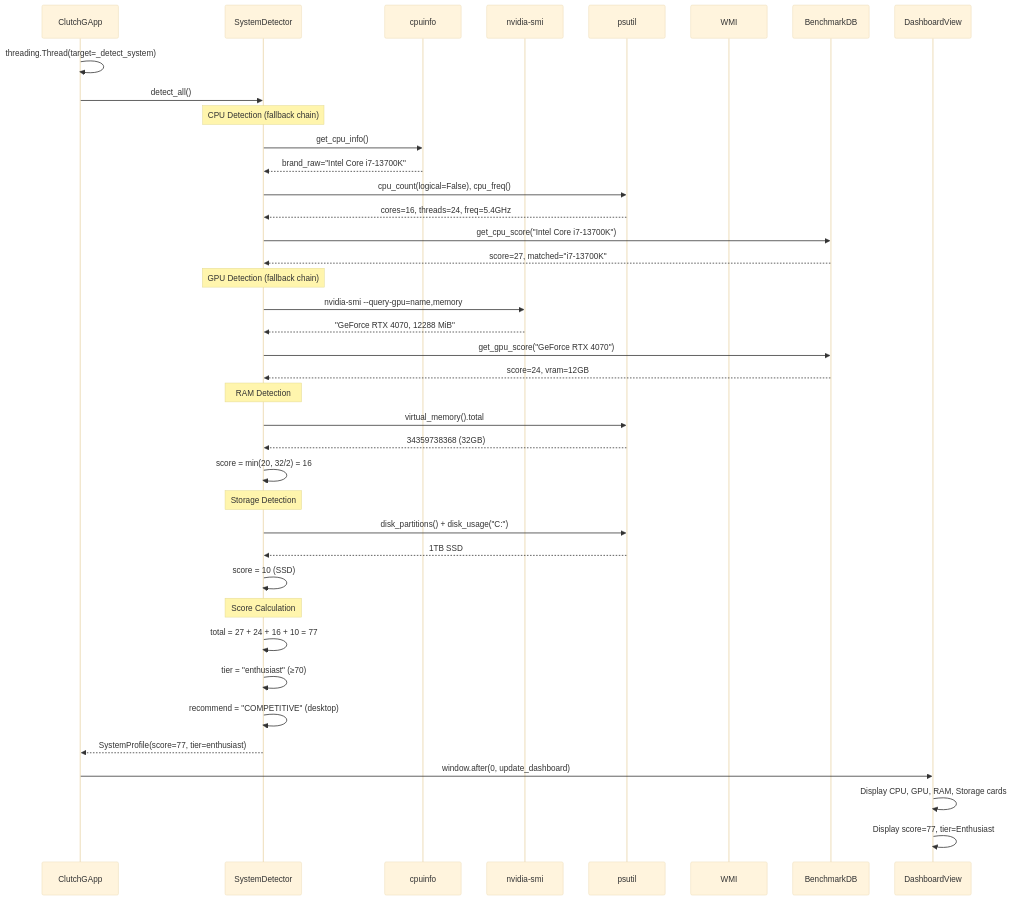
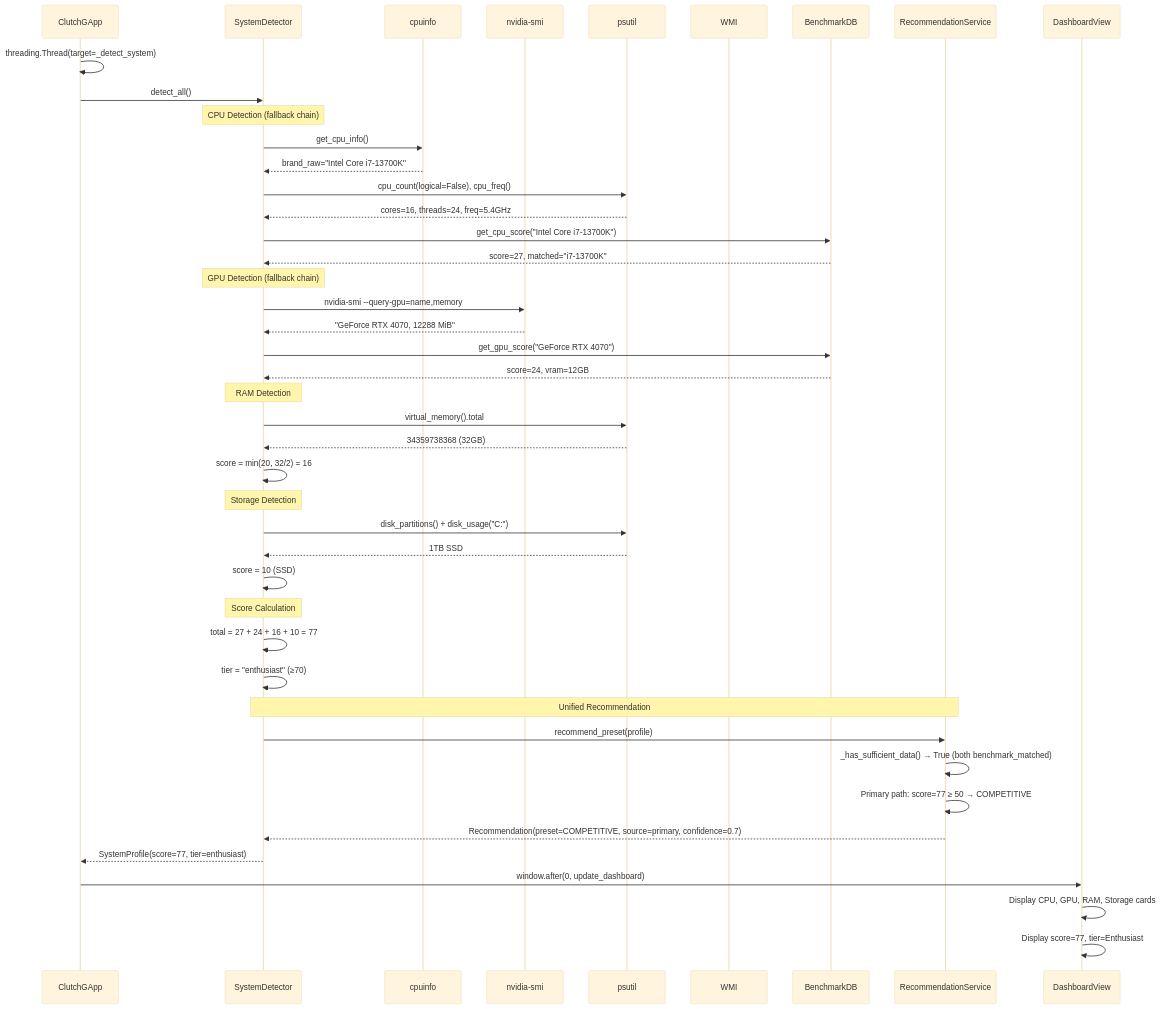
One commit to neckttiie090520/clutchg-pc-optimizer changed the ninth of 14 diagrams in docs/iso29110-clutchg/Appendix-A-UML-Diagrams.md. Above: the diagram before and after it, drawn with Mermaid (base theme). The commit also changed other lines of this file and 12 other files, not shown here.

````diff
--- a/docs/iso29110-clutchg/Appendix-A-UML-Diagrams.md
+++ b/docs/iso29110-clutchg/Appendix-A-UML-Diagrams.md
@@ -655,48 +655,54 @@
 ```mermaid
 sequenceDiagram
     participant APP as ClutchGApp
     participant SD as SystemDetector
     participant CI as cpuinfo
     participant NS as nvidia-smi
     participant PS as psutil
     participant WMI as WMI
     participant BD as BenchmarkDB
+    participant RS as RecommendationService
     participant DV as DashboardView
 
     APP->>APP: threading.Thread(target=_detect_system)
     APP->>SD: detect_all()
     
     Note over SD: CPU Detection (fallback chain)
     SD->>CI: get_cpu_info()
     CI-->>SD: brand_raw="Intel Core i7-13700K"
     SD->>PS: cpu_count(logical=False), cpu_freq()
     PS-->>SD: cores=16, threads=24, freq=5.4GHz
     SD->>BD: get_cpu_score("Intel Core i7-13700K")
     BD-->>SD: score=27, matched="i7-13700K"
     
     Note over SD: GPU Detection (fallback chain)
     SD->>NS: nvidia-smi --query-gpu=name,memory
     NS-->>SD: "GeForce RTX 4070, 12288 MiB"
     SD->>BD: get_gpu_score("GeForce RTX 4070")
     BD-->>SD: score=24, vram=12GB
     
     Note over SD: RAM Detection
     SD->>PS: virtual_memory().total
     PS-->>SD: 34359738368 (32GB)
     SD->>SD: score = min(20, 32/2) = 16
     
     Note over SD: Storage Detection
     SD->>PS: disk_partitions() + disk_usage("C:")
     PS-->>SD: 1TB SSD
     SD->>SD: score = 10 (SSD)
     
     Note over SD: Score Calculation
     SD->>SD: total = 27 + 24 + 16 + 10 = 77
     SD->>SD: tier = "enthusiast" (≥70)
-    SD->>SD: recommend = "COMPETITIVE" (desktop)
+    
+    Note over SD,RS: Unified Recommendation
+    SD->>RS: recommend_preset(profile)
+    RS->>RS: _has_sufficient_data() → True (both benchmark_matched)
+    RS->>RS: Primary path: score=77 ≥ 50 → COMPETITIVE
+    RS-->>SD: Recommendation(preset=COMPETITIVE, source=primary, confidence=0.7)
     
     SD-->>APP: SystemProfile(score=77, tier=enthusiast)
     APP->>DV: window.after(0, update_dashboard)
     DV->>DV: Display CPU, GPU, RAM, Storage cards
     DV->>DV: Display score=77, tier=Enthusiast
 ```
````
